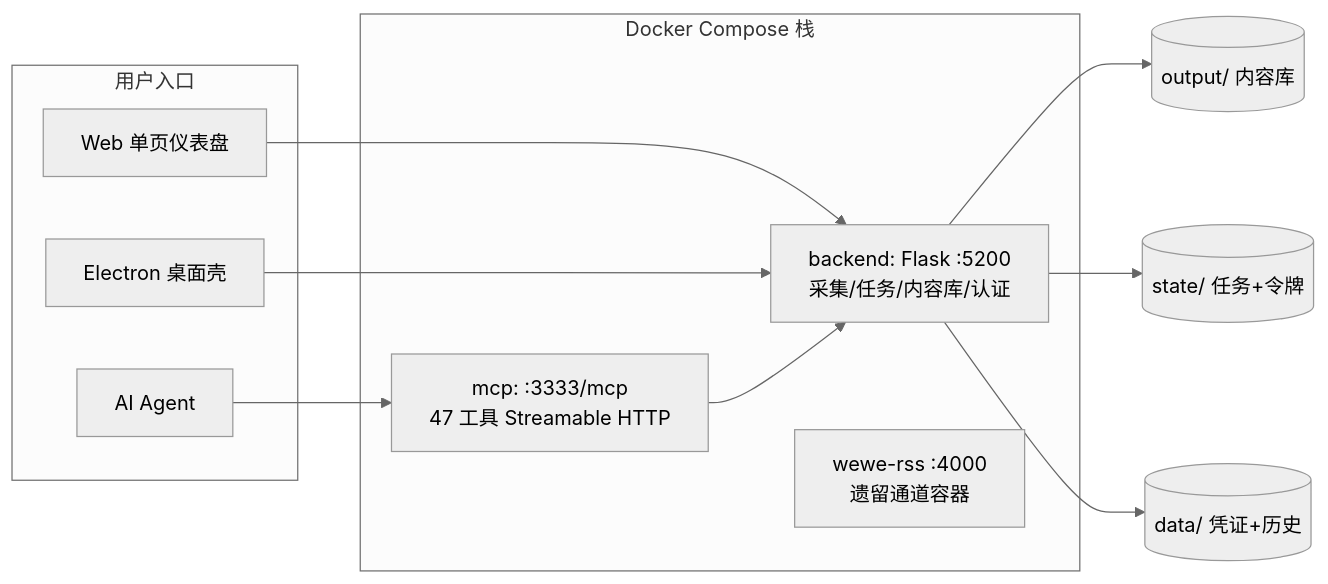
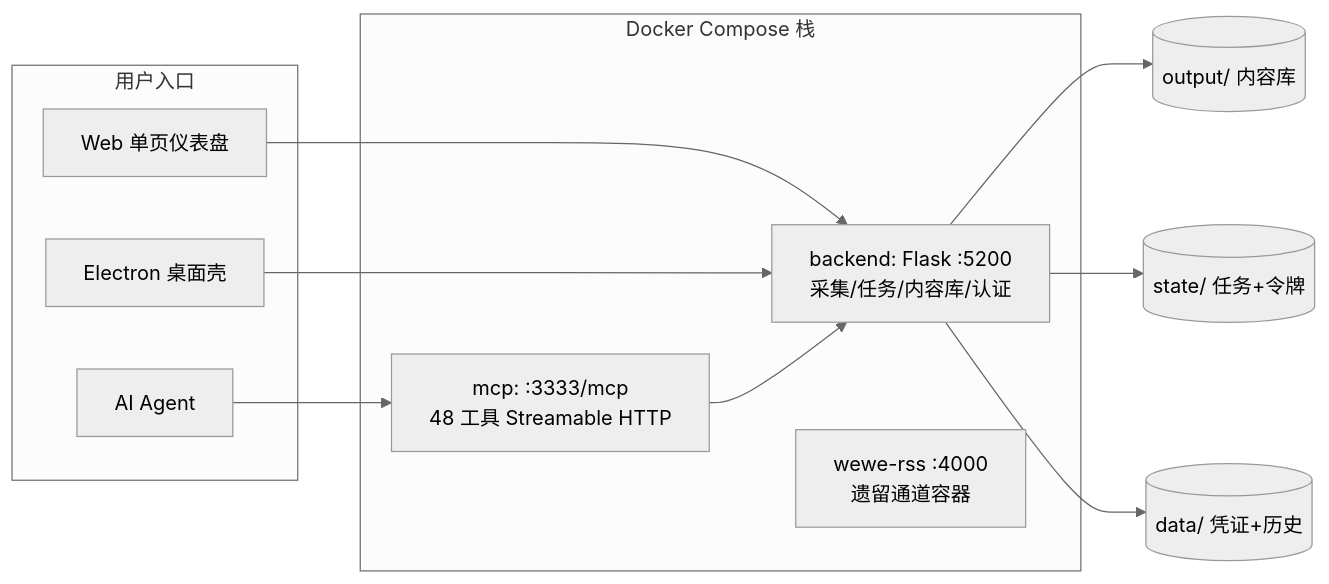
The diagram in docs/架构文档.md (zhengxingSong/content-collect-workbench), drawn with Mermaid (neutral theme) before and after one commit. The commit also changed other lines of this file and 9 other files, not shown here.

````diff
--- a/docs/架构文档.md
+++ b/docs/架构文档.md
@@ -20,19 +20,19 @@
 ```mermaid
 flowchart LR
     subgraph 用户入口
         UI[Web 单页仪表盘]
         EL[Electron 桌面壳]
         AG[AI Agent]
     end
     subgraph Docker Compose 栈
         BE[backend: Flask :5200<br/>采集/任务/内容库/认证]
-        MCP[mcp: :3333/mcp<br/>47 工具 Streamable HTTP]
+        MCP[mcp: :3333/mcp<br/>48 工具 Streamable HTTP]
         WR[wewe-rss :4000<br/>遗留通道容器]
     end
     UI --> BE
     EL --> BE
     AG --> MCP --> BE
     BE --> OUT[(output/ 内容库)]
     BE --> ST[(state/ 任务+令牌)]
     BE --> DA[(data/ 凭证+历史)]
 ```
````
